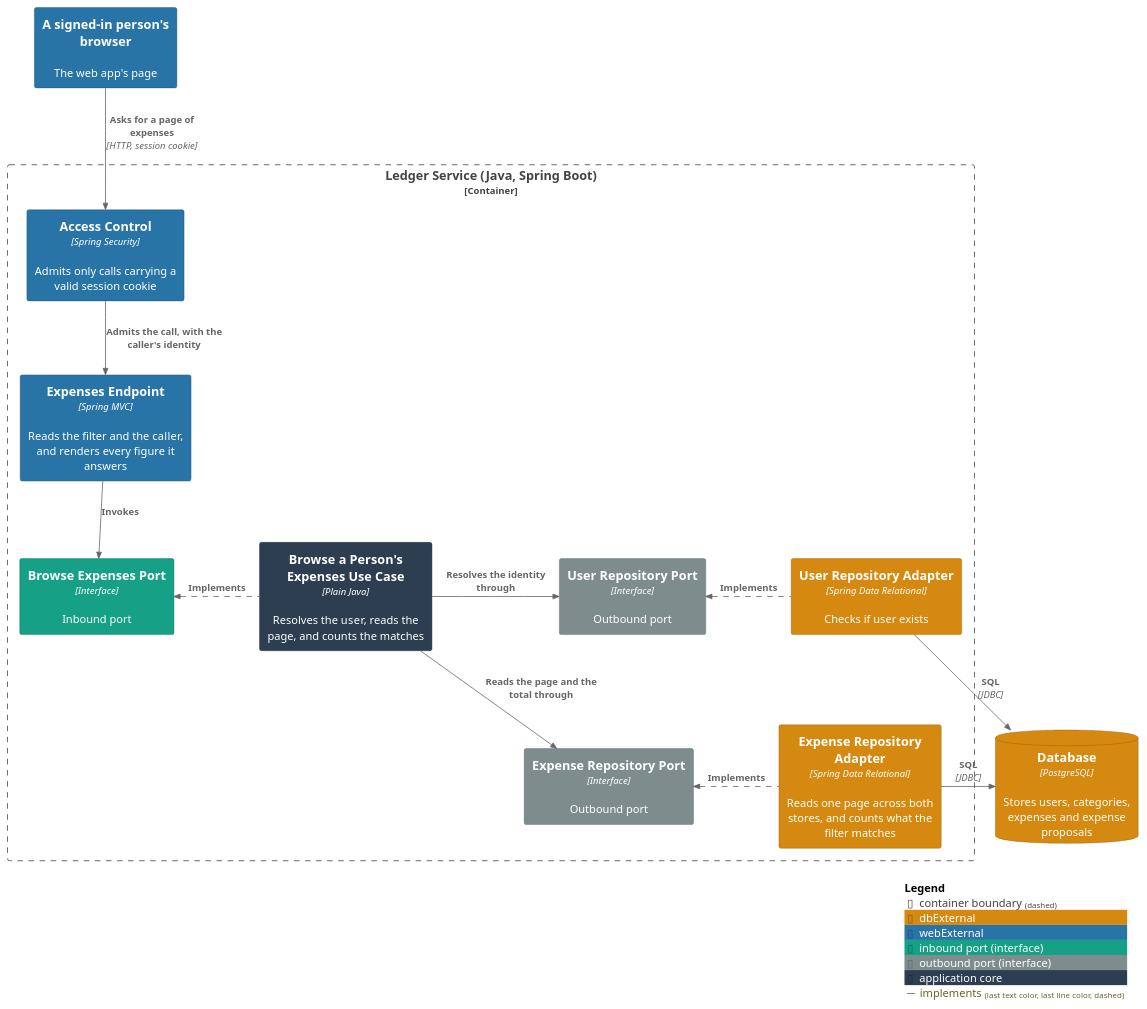
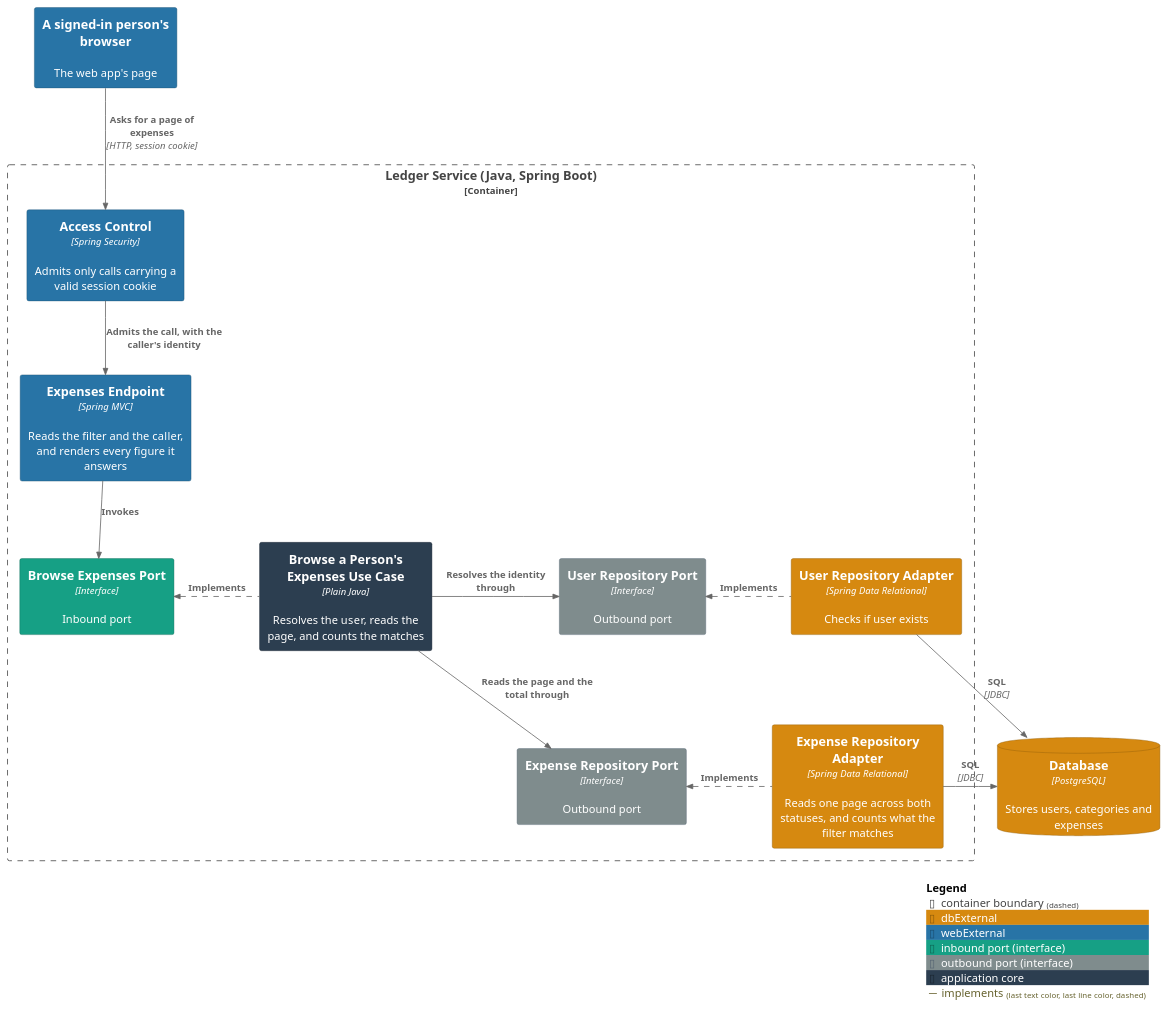
Before and after one commit to ds-usova/finance-bot: the first of 2 diagrams in ledger-service/docs/usecases/browse-expenses.md, drawn with PlantUML. The commit also changed other lines of this file and 27 other files, not shown here.

Commit message:
Documentation: one expense table, with a status

````diff
--- a/ledger-service/docs/usecases/browse-expenses.md
+++ b/ledger-service/docs/usecases/browse-expenses.md
@@ -56,42 +52,42 @@
 ```plantuml
 @startuml C3-Component-BrowseExpenses
 !include <C4/C4_Component>
 
 AddElementTag("dbExternal", $bgColor="#d68910", $fontColor="#ffffff", $borderColor="#8f5c0a")
 AddElementTag("webExternal", $bgColor="#2874a6", $fontColor="#ffffff", $borderColor="#1b4f72")
 AddElementTag("portIn", $bgColor="#16a085", $fontColor="#ffffff", $borderColor="#0e6655", $legendText="inbound port (interface)")
 AddElementTag("portOut", $bgColor="#7f8c8d", $fontColor="#ffffff", $borderColor="#566573", $legendText="outbound port (interface)")
 AddElementTag("core", $bgColor="#2c3e50", $fontColor="#ffffff", $borderColor="#1b2631", $legendText="application core")
 AddRelTag("implements", $lineStyle="dashed")
 
 System_Ext(browser, "A signed-in person's browser", "The web app's page", $tags="webExternal")
-ContainerDb(db, "Database", "PostgreSQL", "Stores users, categories, expenses and expense proposals", $tags="dbExternal")
+ContainerDb(db, "Database", "PostgreSQL", "Stores users, categories and expenses", $tags="dbExternal")
 
 Container_Boundary(ledger, "Ledger Service (Java, Spring Boot)") {
   Component(accessControl, "Access Control", "Spring Security", "Admits only calls carrying a valid session cookie", $tags="webExternal")
   Component(endpoint, "Expenses Endpoint", "Spring MVC", "Reads the filter and the caller, and renders every figure it answers", $tags="webExternal")
   Component(browsePort, "Browse Expenses Port", "Interface", "Inbound port", $tags="portIn")
   Component(browseService, "Browse a Person's Expenses Use Case", "Plain Java", "Resolves the user, reads the page, and counts the matches", $tags="core")
   Component(userRepositoryPort, "User Repository Port", "Interface", "Outbound port", $tags="portOut")
   Component(expenseRepositoryPort, "Expense Repository Port", "Interface", "Outbound port", $tags="portOut")
   Component(userRepositoryAdapter, "User Repository Adapter", "Spring Data Relational", "Checks if user exists", $tags="dbExternal")
-  Component(expenseRepositoryAdapter, "Expense Repository Adapter", "Spring Data Relational", "Reads one page across both stores, and counts what the filter matches", $tags="dbExternal")
+  Component(expenseRepositoryAdapter, "Expense Repository Adapter", "Spring Data Relational", "Reads one page across both statuses, and counts what the filter matches", $tags="dbExternal")
 }
 
 Rel(browser, accessControl, "Asks for a page of expenses", "HTTP, session cookie")
 Rel_D(accessControl, endpoint, "Admits the call, with the caller's identity")
 Rel_D(endpoint, browsePort, "Invokes")
 Rel_L(browseService, browsePort, "Implements", $tags="implements")
 Rel_R(browseService, userRepositoryPort, "Resolves the identity through")
 Rel_R(browseService, expenseRepositoryPort, "Reads the page and the total through")
 Rel_L(userRepositoryAdapter, userRepositoryPort, "Implements", $tags="implements")
 Rel_L(expenseRepositoryAdapter, expenseRepositoryPort, "Implements", $tags="implements")
 Rel_R(userRepositoryAdapter, db, "SQL", "JDBC")
 Rel_R(expenseRepositoryAdapter, db, "SQL", "JDBC")
 
 Lay_D(userRepositoryPort, expenseRepositoryPort)
 Lay_D(userRepositoryAdapter, expenseRepositoryAdapter)
 
 SHOW_LEGEND()
 @enduml
 ```
````
